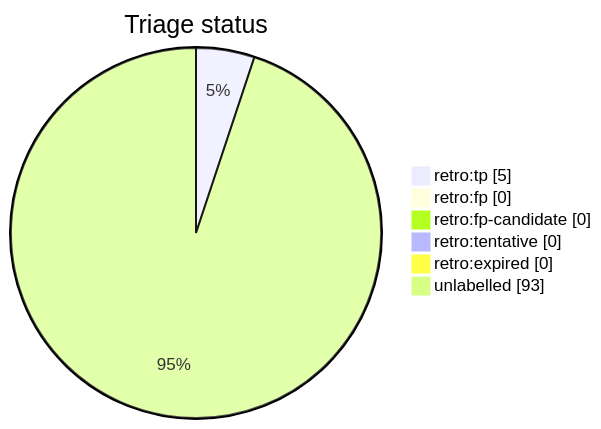
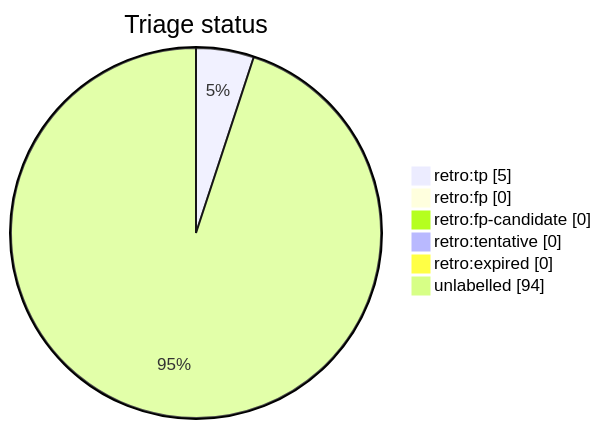
The diagram in docs/generated/scripts/auto-retro-triage-report.md (tvna/claude-md), drawn with Mermaid before and after one commit. The commit also changed other lines of this file, not shown here.

````diff
--- a/docs/generated/scripts/auto-retro-triage-report.md
+++ b/docs/generated/scripts/auto-retro-triage-report.md
@@ -20,10 +20,10 @@
 ```mermaid
 pie showData
     title Triage status
     "retro:tp" : 5
     "retro:fp" : 0
     "retro:fp-candidate" : 0
     "retro:tentative" : 0
     "retro:expired" : 0
-    "unlabelled" : 93
+    "unlabelled" : 94
 ```
````
